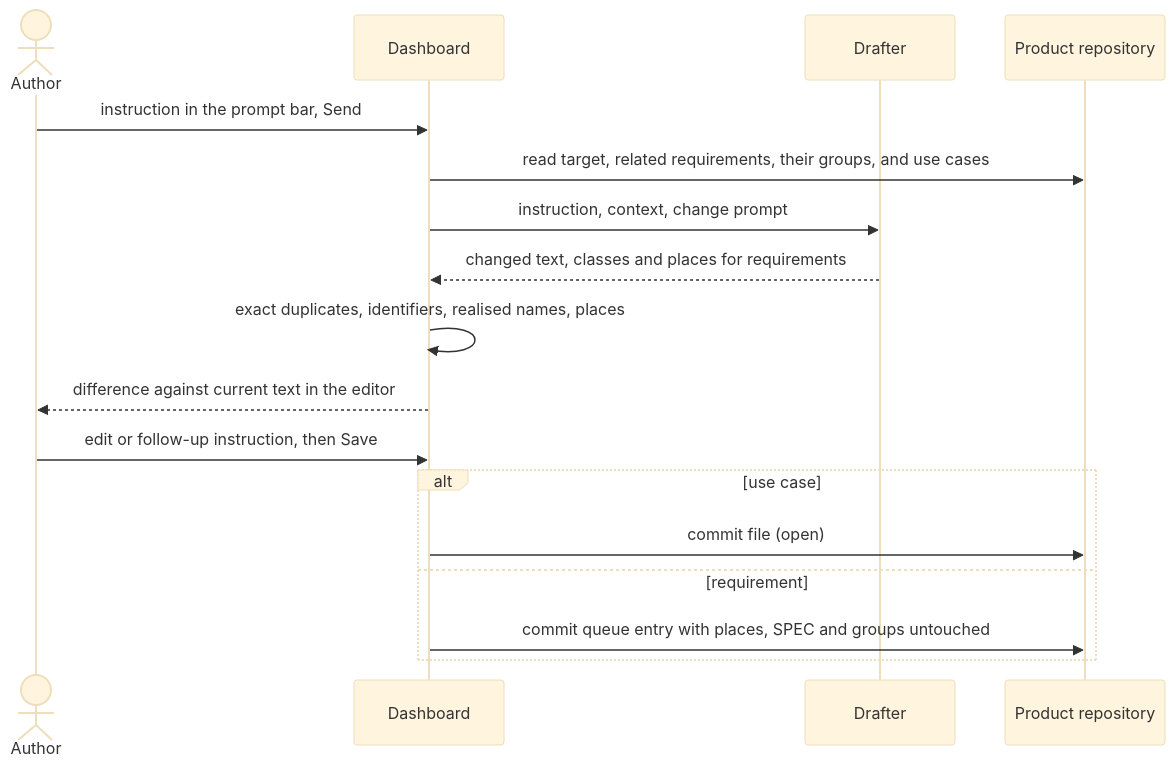
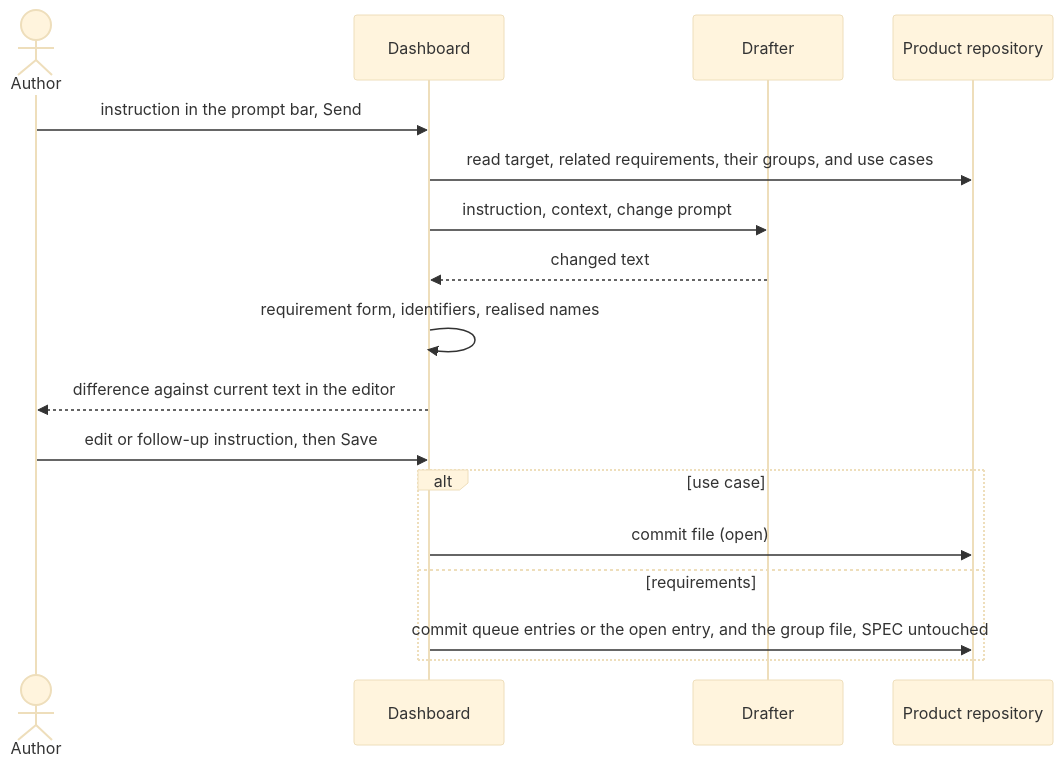
Before and after one commit to akmaier/agent-m: the diagram in docs/use-cases/UC-019-change-a-specification-or-use-case-by-prompt.md, drawn with Mermaid (base theme). The commit also changed other lines of this file and 11 other files, not shown here.

````diff
--- a/docs/use-cases/UC-019-change-a-specification-or-use-case-by-prompt.md
+++ b/docs/use-cases/UC-019-change-a-specification-or-use-case-by-prompt.md
@@ -123,19 +120,19 @@
 ```mermaid
 sequenceDiagram
     actor A as Author
     participant D as Dashboard
     participant P as Drafter
     participant G as Product repository
     A->>D: instruction in the prompt bar, Send
     D->>G: read target, related requirements, their groups, and use cases
     D->>P: instruction, context, change prompt
-    P-->>D: changed text, classes and places for requirements
-    D->>D: exact duplicates, identifiers, realised names, places
+    P-->>D: changed text
+    D->>D: requirement form, identifiers, realised names
     D-->>A: difference against current text in the editor
     A->>D: edit or follow-up instruction, then Save
     alt use case
         D->>G: commit file (open)
-    else requirement
-        D->>G: commit queue entry with places, SPEC and groups untouched
+    else requirements
+        D->>G: commit queue entries or the open entry, and the group file, SPEC untouched
     end
 ```
````
